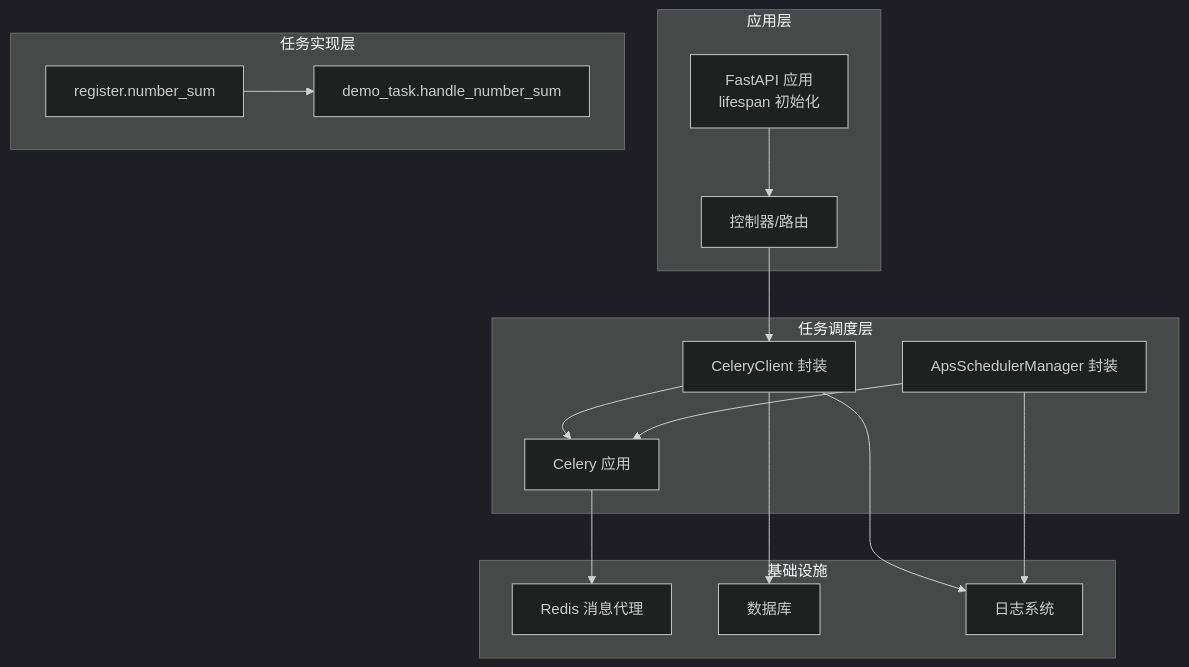
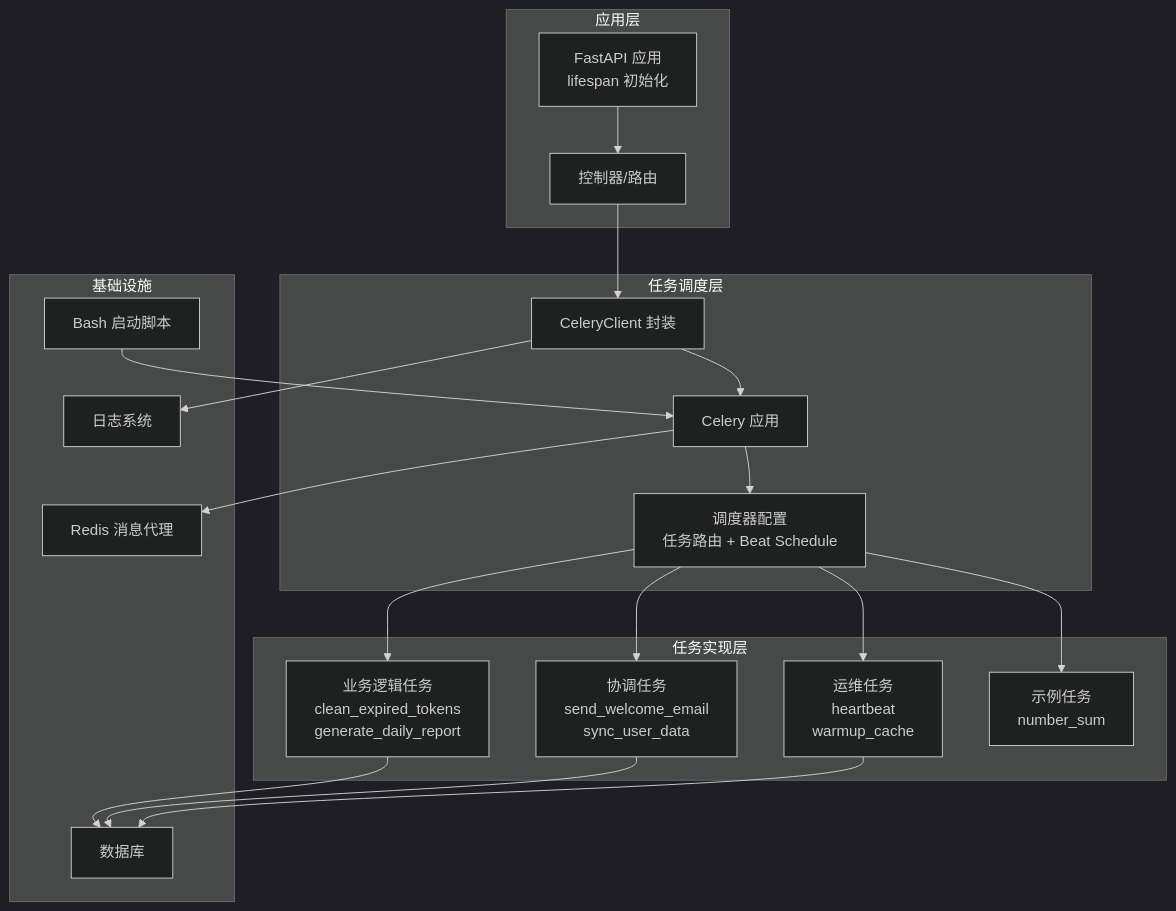
The first of 8 diagrams in .qoder/repowiki/zh/content/任务调度系统/任务调度系统.md (lilinzezzzzzz/fastapi-backend), drawn with Mermaid (dark theme) before and after one commit. The commit also changed other lines of this file and 42 other files, not shown here.

````diff
--- a/.qoder/repowiki/zh/content/任务调度系统/任务调度系统.md
+++ b/.qoder/repowiki/zh/content/任务调度系统/任务调度系统.md
@@ -46,30 +54,38 @@
 ```mermaid
 graph TB
 subgraph "应用层"
 FastAPI["FastAPI 应用<br/>lifespan 初始化"]
 Controllers["控制器/路由"]
 end
 subgraph "任务调度层"
 CeleryClient["CeleryClient 封装"]
 CeleryApp["Celery 应用"]
-APSchedulerMgr["ApsSchedulerManager 封装"]
+SchedulerConfig["调度器配置<br/>任务路由 + Beat Schedule"]
 end
 subgraph "任务实现层"
-DemoTask["demo_task.handle_number_sum"]
-CeleryTask["register.number_sum"]
+BusinessTasks["业务逻辑任务<br/>clean_expired_tokens<br/>generate_daily_report"]
+CoordinationTasks["协调任务<br/>send_welcome_email<br/>sync_user_data"]
+OpsTasks["运维任务<br/>heartbeat<br/>warmup_cache"]
+ExampleTask["示例任务<br/>number_sum"]
 end
 subgraph "基础设施"
 Redis["Redis 消息代理"]
 DB["数据库"]
 Logger["日志系统"]
+ShellScript["Bash 启动脚本"]
 end
 FastAPI --> Controllers
 Controllers --> CeleryClient
 CeleryClient --> CeleryApp
+CeleryApp --> SchedulerConfig
+SchedulerConfig --> BusinessTasks
+SchedulerConfig --> CoordinationTasks
+SchedulerConfig --> OpsTasks
+SchedulerConfig --> ExampleTask
 CeleryApp --> Redis
-CeleryTask --> DemoTask
-APSchedulerMgr --> CeleryApp
-CeleryClient --> DB
+BusinessTasks --> DB
+CoordinationTasks --> DB
+OpsTasks --> DB
 CeleryClient --> Logger
-APSchedulerMgr --> Logger
+ShellScript --> CeleryApp
 ```
````
